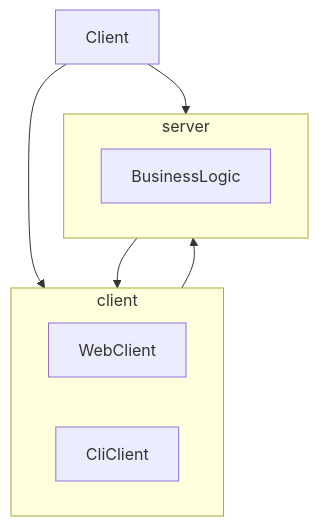
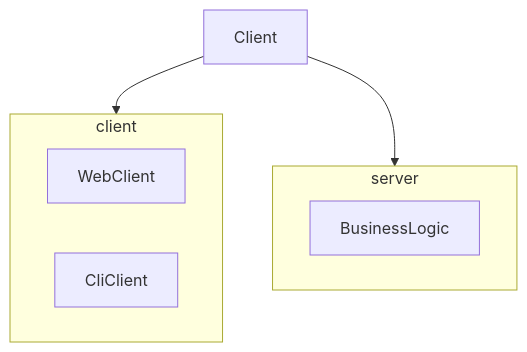
One commit to jaokim/inside-java-dumpster changed the diagram in Client/readme.md. Above: the diagram before and after it, drawn with Mermaid.

````diff
--- a/Client/readme.md
+++ b/Client/readme.md
@@ -6,16 +6,14 @@
 ```mermaid
 flowchart TD
   Client --> client
   Client --> server
   subgraph client
     WebClient
     CliClient
   end
   subgraph server
     BusinessLogic 
   end
-  client --> server
-  server --> client
   click WebClient "https://github.com/jaokim/inside-java-dumpster/tree/main/WebClient"
   click CliClient "https://github.com/jaokim/inside-java-dumpster/tree/main/CliClient"
 ```
````
